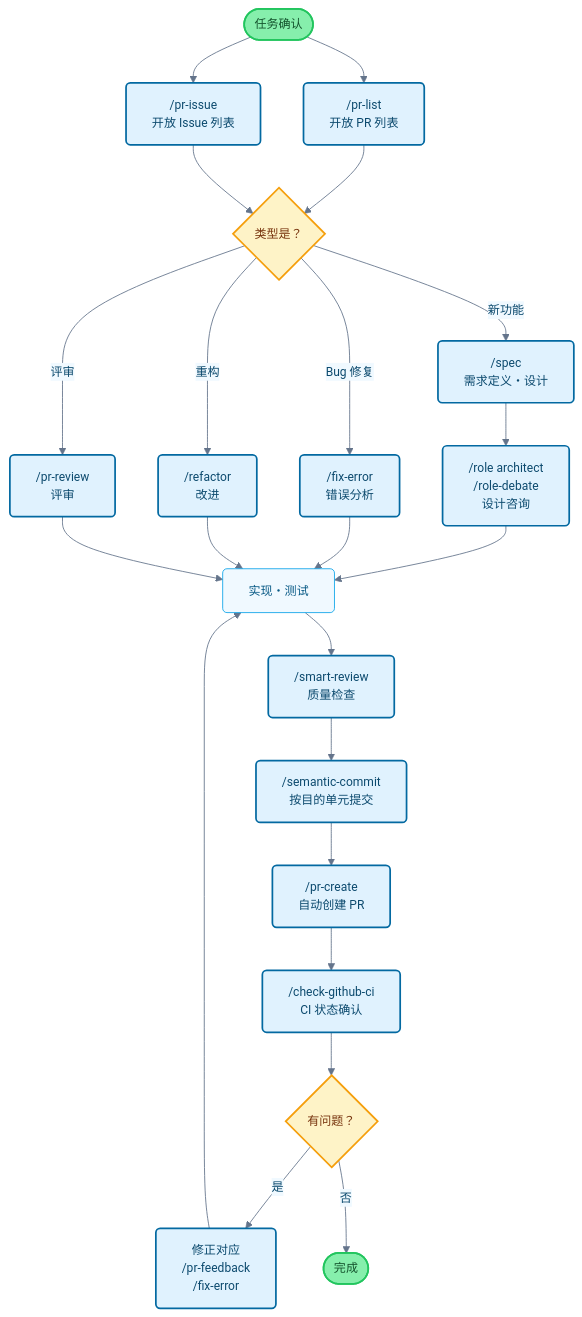
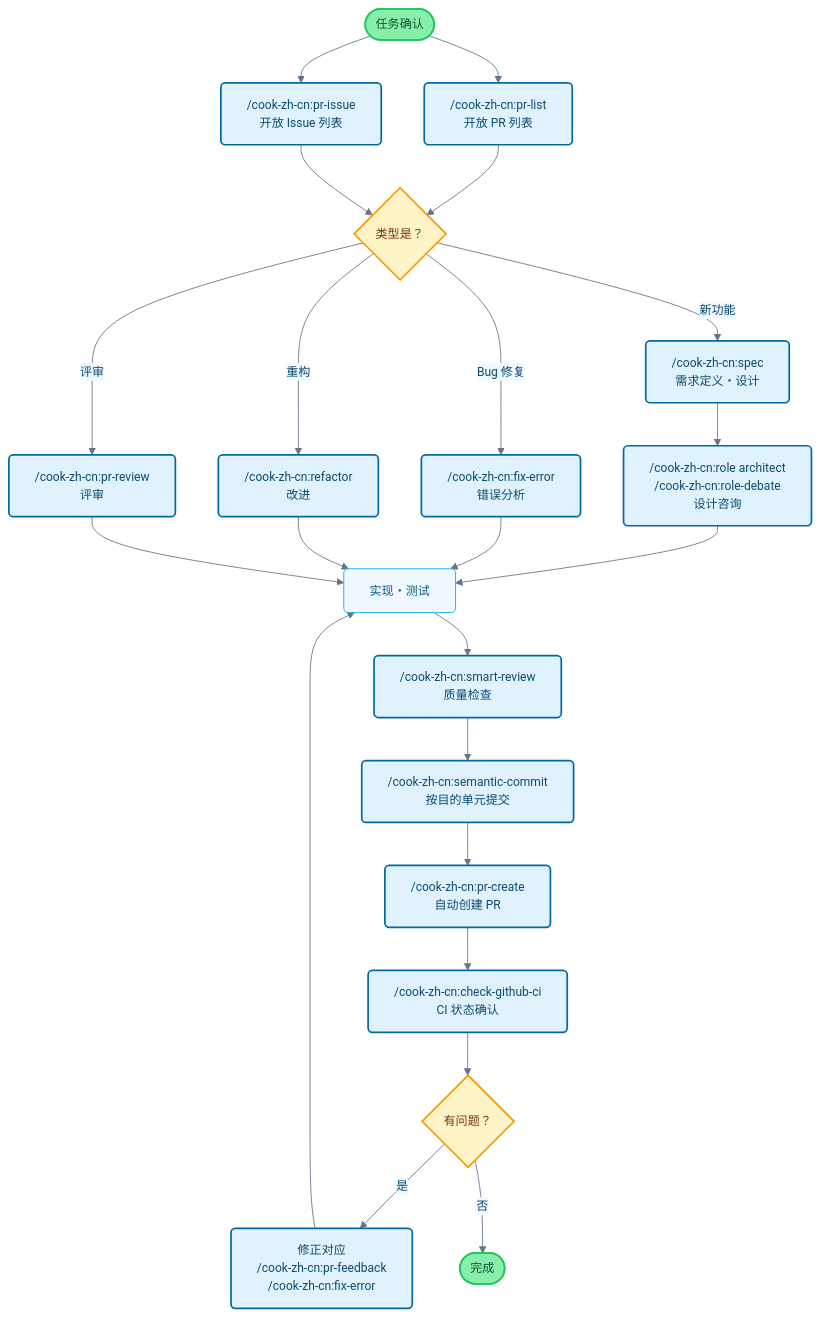
One commit to wasabeef/claude-code-cookbook changed the diagram in plugins/zh-cn/README.md. Above: the diagram before and after it, drawn with Mermaid. The commit also changed 8 other files, not shown here.

Commit message:
docs: add plugin namespace prefix to Mermaid flowchart commands

````diff
--- a/plugins/zh-cn/README.md
+++ b/plugins/zh-cn/README.md
@@ -114,42 +114,42 @@
 ```mermaid
 flowchart TB
-    Start([任务确认]) --> PRList["/pr-list<br/>开放 PR 列表"]
-    Start --> PRIssue["/pr-issue<br/>开放 Issue 列表"]
+    Start([任务确认]) --> PRList["/cook-zh-cn:pr-list<br/>开放 PR 列表"]
+    Start --> PRIssue["/cook-zh-cn:pr-issue<br/>开放 Issue 列表"]
 
     PRList --> TaskType{类型是？}
     PRIssue --> TaskType
 
-    TaskType -->|新功能| Plan["/spec<br/>需求定义・设计"]
-    TaskType -->|Bug 修复| Fix["/fix-error<br/>错误分析"]
-    TaskType -->|重构| Refactor["/refactor<br/>改进"]
-    TaskType -->|评审| Review["/pr-review<br/>评审"]
+    TaskType -->|新功能| Plan["/cook-zh-cn:spec<br/>需求定义・设计"]
+    TaskType -->|Bug 修复| Fix["/cook-zh-cn:fix-error<br/>错误分析"]
+    TaskType -->|重构| Refactor["/cook-zh-cn:refactor<br/>改进"]
+    TaskType -->|评审| Review["/cook-zh-cn:pr-review<br/>评审"]
 
-    Plan --> Design["/role architect<br/>/role-debate<br/>设计咨询"]
+    Plan --> Design["/cook-zh-cn:role architect<br/>/cook-zh-cn:role-debate<br/>设计咨询"]
     Design --> Implementation[实现・测试]
     Fix --> Implementation
     Refactor --> Implementation
     Review --> Implementation
 
-    Implementation --> Check["/smart-review<br/>质量检查"]
-    Check --> Commit["/semantic-commit<br/>按目的单元提交"]
-    Commit --> PR["/pr-create<br/>自动创建 PR"]
-    PR --> CI["/check-github-ci<br/>CI 状态确认"]
+    Implementation --> Check["/cook-zh-cn:smart-review<br/>质量检查"]
+    Check --> Commit["/cook-zh-cn:semantic-commit<br/>按目的单元提交"]
+    Commit --> PR["/cook-zh-cn:pr-create<br/>自动创建 PR"]
+    PR --> CI["/cook-zh-cn:check-github-ci<br/>CI 状态确认"]
 
     CI --> Status{有问题？}
-    Status -->|是| Feedback["修正对应<br/>/pr-feedback<br/>/fix-error"]
+    Status -->|是| Feedback["修正对应<br/>/cook-zh-cn:pr-feedback<br/>/cook-zh-cn:fix-error"]
     Status -->|否| End([完成])
 
     Feedback --> Implementation
 
     classDef commandBox fill:#e0f2fe,stroke:#0369a1,stroke-width:2px,rx:5,ry:5,color:#0c4a6e
     classDef processBox fill:#f0f9ff,stroke:#0ea5e9,stroke-width:1px,rx:5,ry:5,color:#075985
     classDef decisionBox fill:#fef3c7,stroke:#f59e0b,stroke-width:2px,rx:5,ry:5,color:#78350f
     classDef startEnd fill:#86efac,stroke:#22c55e,stroke-width:2px,rx:20,ry:20,color:#14532d
 
     class PRList,PRIssue,Plan,Fix,Refactor,Review,Design,Check,CI,Commit,PR,Feedback commandBox
     class Implementation processBox
     class TaskType,Status decisionBox
     class Start,End startEnd
 
     %%{init: {'theme':'base', 'themeVariables': { 'primaryColor':'#e0f2fe', 'primaryTextColor':'#0c4a6e', 'primaryBorderColor':'#0369a1', 'lineColor':'#64748b', 'secondaryColor':'#f0f9ff', 'background':'#ffffff', 'mainBkg':'#ffffff', 'fontSize': '14px'}}}%%
 ```
````
